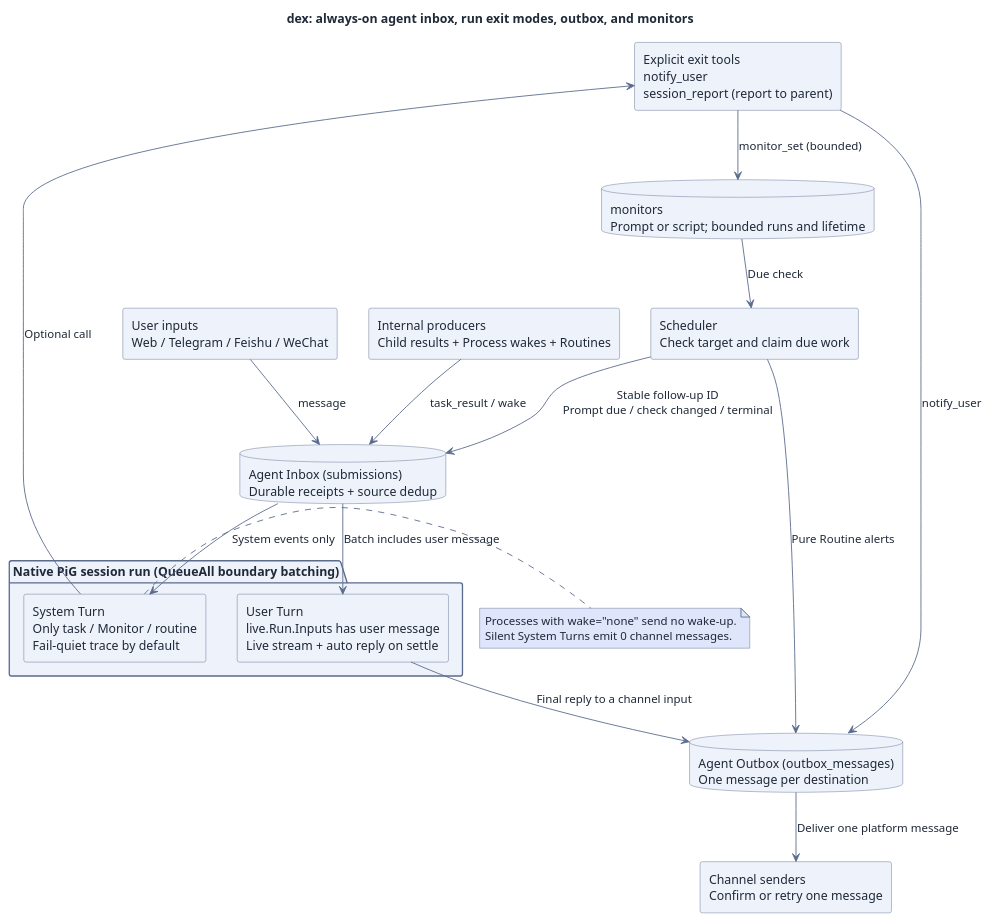
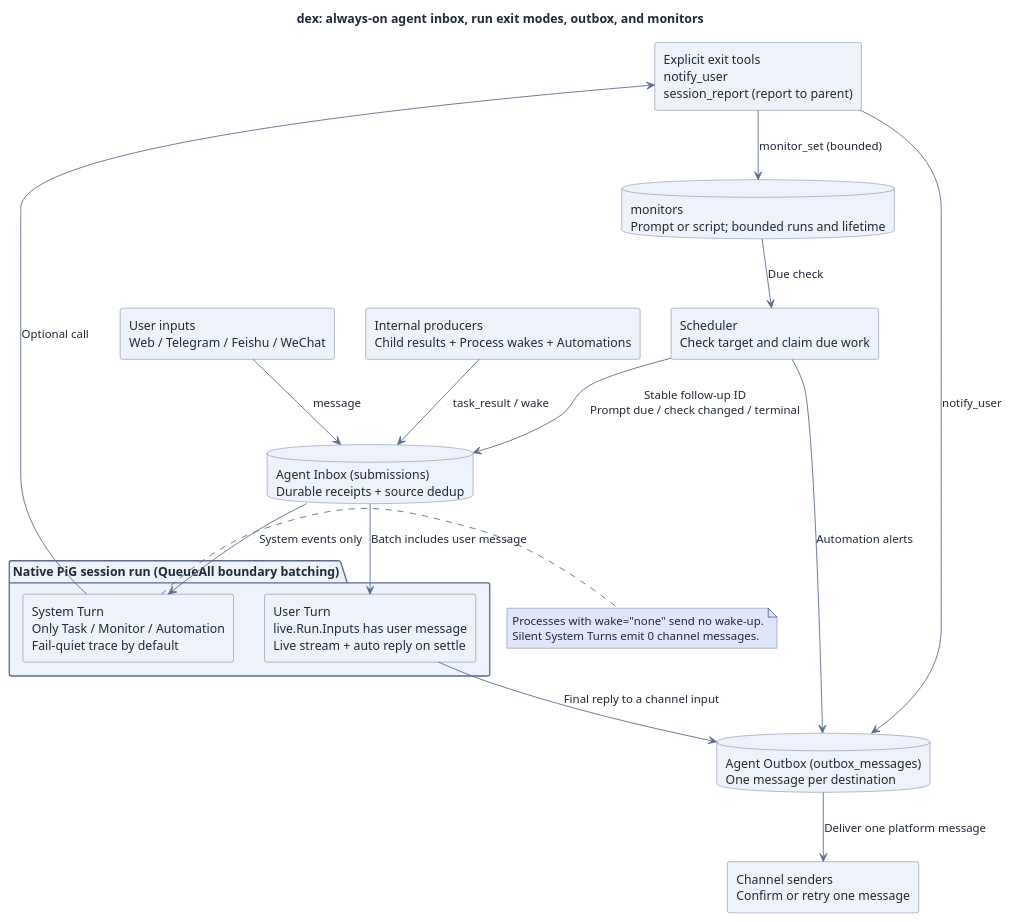
Before and after one commit to recally-io/dex: the diagram in docs/assets/src/always-on-flow.puml, drawn with PlantUML. The commit also changed 218 other files, not shown here.

```diff
--- a/docs/assets/src/always-on-flow.puml
+++ b/docs/assets/src/always-on-flow.puml
@@ -1,55 +1,55 @@
 @startuml
 skinparam RectangleBackgroundColor #eef2fb
 skinparam RectangleBorderColor #5b6b8c
 skinparam RectangleFontColor #1f2937
 skinparam DatabaseBackgroundColor #eef2fb
 skinparam DatabaseBorderColor #5b6b8c
 skinparam DatabaseFontColor #1f2937
 skinparam PackageBackgroundColor #eef2fb
 skinparam PackageBorderColor #5b6b8c
 skinparam DefaultFontColor #1f2937
 skinparam ArrowColor #5b6b8c
 skinparam ArrowFontColor #1f2937
 skinparam NoteBackgroundColor #dfe5fb
 skinparam NoteBorderColor #5b6b8c
 skinparam NoteFontColor #1f2937
 skinparam BackgroundColor #ffffff
 title dex: always-on agent inbox, run exit modes, outbox, and monitors
 top to bottom direction
 
 rectangle "User inputs\nWeb / Telegram / Feishu / WeChat" as user_in
-rectangle "Internal producers\nChild results + Process wakes + Routines" as sys_in
+rectangle "Internal producers\nChild results + Process wakes + Automations" as sys_in
 database "monitors\nPrompt or script; bounded runs and lifetime" as monitors
 rectangle "Scheduler\nCheck target and claim due work" as sched
 
 database "Agent Inbox (submissions)\nDurable receipts + source dedup" as inbox
 
 package "Native PiG session run (QueueAll boundary batching)" as run {
   rectangle "User Turn\nlive.Run.Inputs has user message\nLive stream + auto reply on settle" as user_turn
-  rectangle "System Turn\nOnly task / Monitor / routine\nFail-quiet trace by default" as sys_turn
+  rectangle "System Turn\nOnly Task / Monitor / Automation\nFail-quiet trace by default" as sys_turn
 }
 
 rectangle "Explicit exit tools\nnotify_user\nsession_report (report to parent)" as tools
 database "Agent Outbox (outbox_messages)\nOne message per destination" as outbox
 rectangle "Channel senders\nConfirm or retry one message" as dispatch
 
 monitors --> sched : Due check
 sched --> inbox : Stable follow-up ID\nPrompt due / check changed / terminal
 user_in --> inbox : message
 sys_in --> inbox : task_result / wake
 
 inbox --> user_turn : Batch includes user message
 inbox --> sys_turn : System events only
 
 user_turn --> outbox : Final reply to a channel input
 sys_turn --> tools : Optional call
 tools --> outbox : notify_user
 tools --> monitors : monitor_set (bounded)
 
-sched --> outbox : Pure Routine alerts
+sched --> outbox : Automation alerts
 outbox --> dispatch : Deliver one platform message
 note right of sys_turn
   Processes with wake="none" send no wake-up.
   Silent System Turns emit 0 channel messages.
 end note
 @enduml
```
